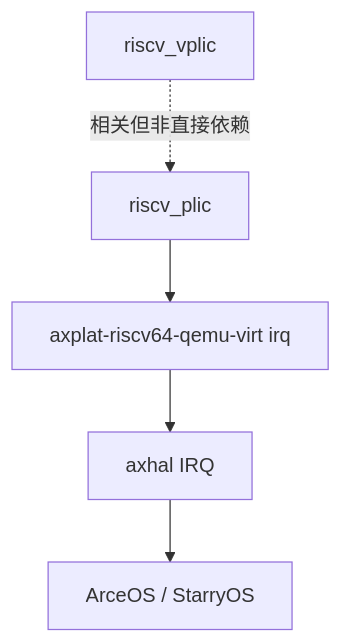
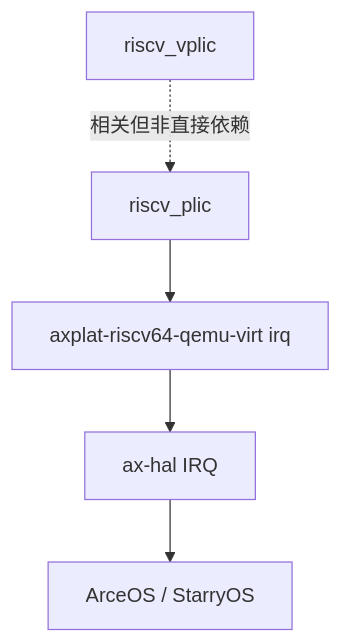
Before and after one commit to zKurisu/tgoskits: the diagram in docs/crates/riscv_plic.md, drawn with Mermaid. The commit also changed other lines of this file and 158 other files, not shown here.

Commit message:
rename axhal to ax-hal

````diff
--- a/docs/crates/riscv_plic.md
+++ b/docs/crates/riscv_plic.md
@@ -175,7 +175,7 @@
 ```mermaid
 graph TD
     A[riscv_plic] --> B[axplat-riscv64-qemu-virt irq]
-    B --> C[axhal IRQ]
+    B --> C[ax-hal IRQ]
     C --> D[ArceOS / StarryOS]
     E[riscv_vplic] -.相关但非直接依赖.-> A
 ```
````
